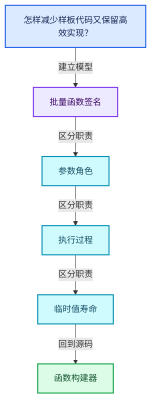
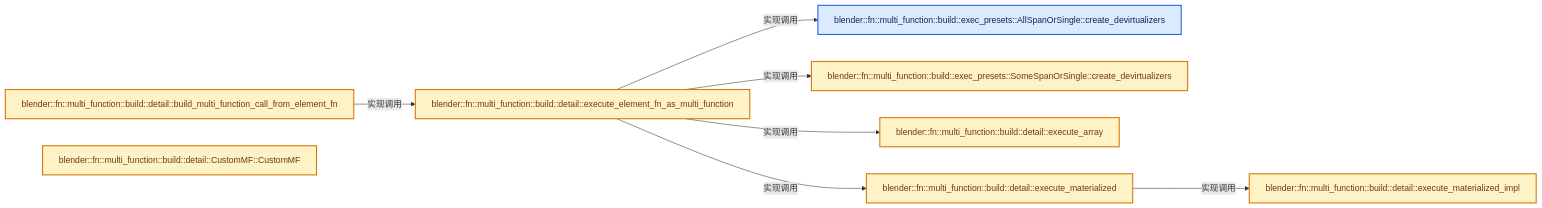
Before and after one commit to yunkezengren/blender-.vscode: the second of 4 diagrams in 杂/markdown/全面学习-codex/07-MultiFunction与批量执行/06-函数构建器.md, drawn with Mermaid. The commit also changed other lines of this file and 1930 other files, not shown here.

````diff
--- a/杂/markdown/全面学习-codex/07-MultiFunction与批量执行/06-函数构建器.md
+++ b/杂/markdown/全面学习-codex/07-MultiFunction与批量执行/06-函数构建器.md
@@ -61,20 +46,23 @@
 ```mermaid
-flowchart TB
-  Q["怎样减少样板代码又保留高效实现？"]:::input
-  C0["批量函数签名"]:::abstraction
-  C1["参数角色"]:::data
-  C2["执行过程"]:::data
-  C3["临时值寿命"]:::data
-  R["函数构建器"]:::result
-  Q -->|"建立模型"| C0
-  C0 -->|"区分职责"| C1
-  C1 -->|"区分职责"| C2
-  C2 -->|"区分职责"| C3
-  C3 -->|"回到源码"| R
+flowchart LR
+  F0["blender::fn::multi_function::build::exec_presets::AllSpanOrSingle::create_devirtualizers"]:::input
+  F1["blender::fn::multi_function::build::exec_presets::SomeSpanOrSingle::create_devirtualizers"]:::compute
+  F2["blender::fn::multi_function::build::detail::execute_array"]:::compute
+  F3["blender::fn::multi_function::build::detail::execute_materialized_impl"]:::compute
+  F4["blender::fn::multi_function::build::detail::execute_materialized"]:::compute
+  F5["blender::fn::multi_function::build::detail::execute_element_fn_as_multi_function"]:::compute
+  F6["blender::fn::multi_function::build::detail::build_multi_function_call_from_element_fn"]:::compute
+  F7["blender::fn::multi_function::build::detail::CustomMF::CustomMF"]:::compute
+  F4 -->|"实现调用"| F3
+  F5 -->|"实现调用"| F0
+  F5 -->|"实现调用"| F1
+  F5 -->|"实现调用"| F2
+  F5 -->|"实现调用"| F4
+  F6 -->|"实现调用"| F5
   classDef input fill:#DBEAFE,stroke:#2563EB,color:#172554,stroke-width:2px;
   classDef data fill:#CFFAFE,stroke:#0891B2,color:#164E63,stroke-width:2px;
   classDef abstraction fill:#EDE9FE,stroke:#7C3AED,color:#3B0764,stroke-width:2px;
   classDef compute fill:#FEF3C7,stroke:#D97706,color:#78350F,stroke-width:2px;
   classDef result fill:#DCFCE7,stroke:#16A34A,color:#14532D,stroke-width:2px;
   classDef error fill:#FEE2E2,stroke:#DC2626,color:#7F1D1D,stroke-width:2px;
 ```
````
